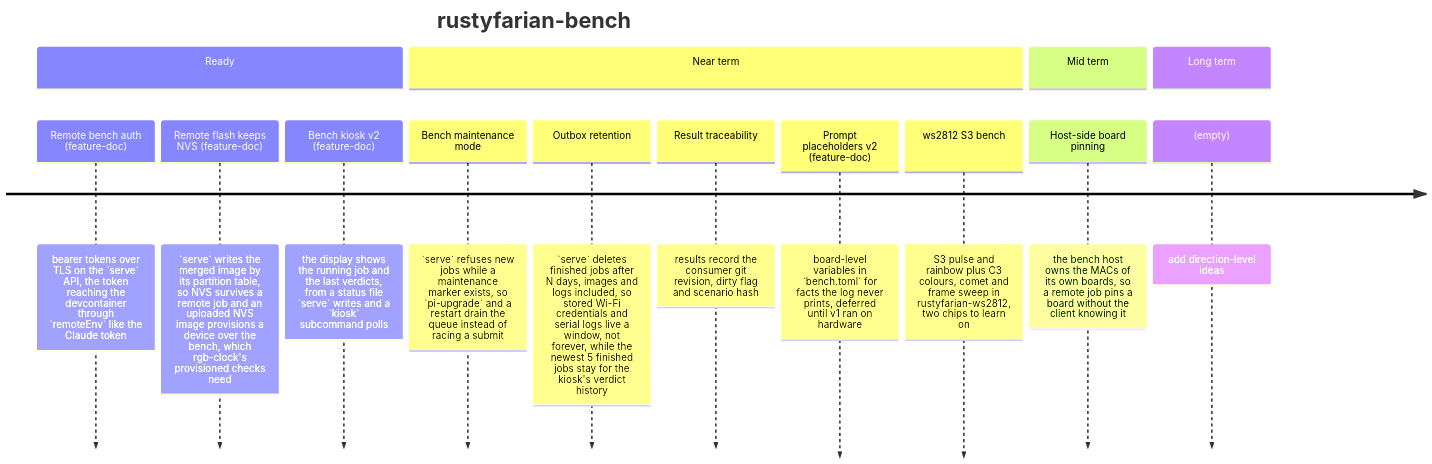
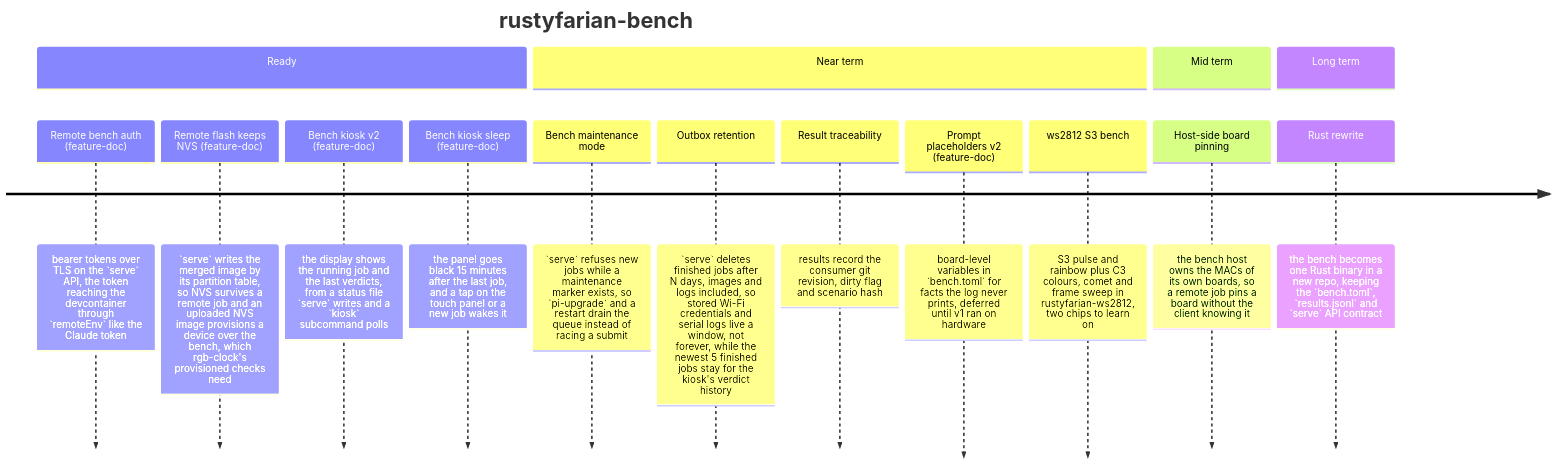
Before and after one commit to datenkollektiv/rustyfarian-bench: the diagram in docs/ROADMAP.md, drawn with Mermaid. The commit also changed 26 other files, not shown here.

Commit message:
Implement bench kiosk sleep v1

````diff
--- a/docs/ROADMAP.md
+++ b/docs/ROADMAP.md
@@ -8,18 +8,19 @@
 ```mermaid
 timeline
     title rustyfarian-bench
     section Ready
         Remote bench auth (feature-doc) : bearer tokens over TLS on the `serve` API, the token reaching the devcontainer through `remoteEnv` like the Claude token
         Remote flash keeps NVS (feature-doc) : `serve` writes the merged image by its partition table, so NVS survives a remote job and an uploaded NVS image provisions a device over the bench, which rgb-clock's provisioned checks need
         Bench kiosk v2 (feature-doc) : the display shows the running job and the last verdicts, from a status file `serve` writes and a `kiosk` subcommand polls
+        Bench kiosk sleep (feature-doc) : the panel goes black 15 minutes after the last job, and a tap on the touch panel or a new job wakes it
     section Near term
         Bench maintenance mode : `serve` refuses new jobs while a maintenance marker exists, so `pi-upgrade` and a restart drain the queue instead of racing a submit
         Outbox retention : `serve` deletes finished jobs after N days, images and logs included, so stored Wi-Fi credentials and serial logs live a window, not forever, while the newest 5 finished jobs stay for the kiosk's verdict history
         Result traceability : results record the consumer git revision, dirty flag and scenario hash
         Prompt placeholders v2 (feature-doc) : board-level variables in `bench.toml` for facts the log never prints, deferred until v1 ran on hardware
         ws2812 S3 bench : S3 pulse and rainbow plus C3 colours, comet and frame sweep in rustyfarian-ws2812, two chips to learn on
     section Mid term
         Host-side board pinning : the bench host owns the MACs of its own boards, so a remote job pins a board without the client knowing it
     section Long term
-        (empty) : add direction-level ideas
+        Rust rewrite : the bench becomes one Rust binary in a new repo, keeping the `bench.toml`, `results.jsonl` and `serve` API contract
 ```
````
